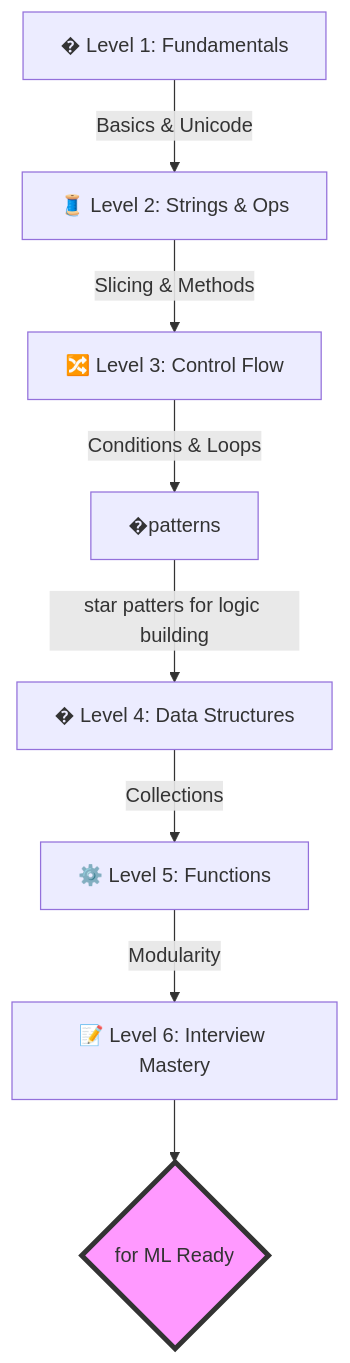
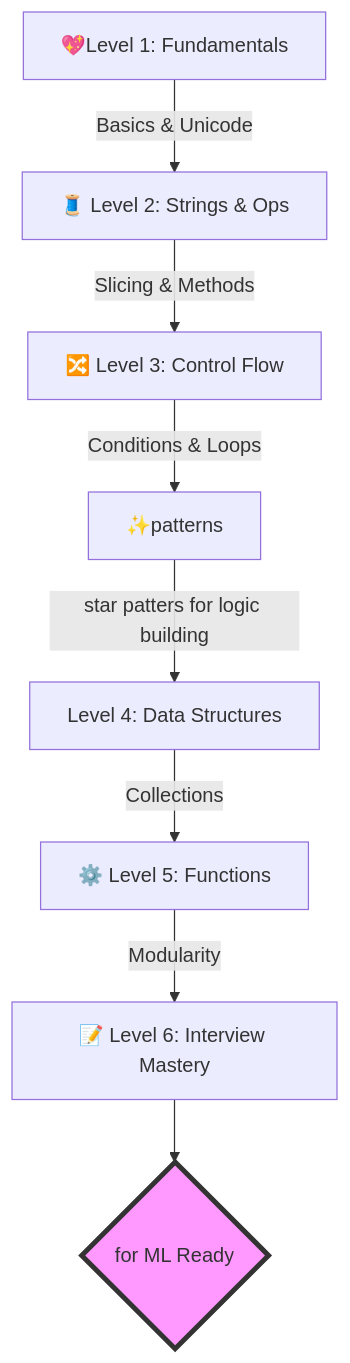
Before and after one commit to doxpro26-star/Python_notes_byDoxpro: the diagram in README.md, drawn with Mermaid. The commit also changed other lines of this file, not shown here.

````diff
--- a/README.md
+++ b/README.md
@@ -54,12 +54,12 @@
 ```mermaid
 graph TD
-    A[� Level 1: Fundamentals] -- Basics & Unicode --> B[🧵 Level 2: Strings & Ops]
+    A[💖Level 1: Fundamentals] -- Basics & Unicode --> B[🧵 Level 2: Strings & Ops]
     B -- Slicing & Methods --> C[🔀 Level 3: Control Flow]
-    C -- Conditions & Loops --> *[�patterns]
-    * --  star patters for logic building --> D[� Level 4: Data Structures]
+    C -- Conditions & Loops --> *[✨patterns]
+    * --  star patters for logic building --> D[ Level 4: Data Structures]
     D -- Collections --> E[⚙️ Level 5: Functions]
     E -- Modularity --> F[📝 Level 6: Interview Mastery]
     F --> G{for ML Ready}
     
     style G fill:#f9f,stroke:#333,stroke-width:4px
 ```
````
